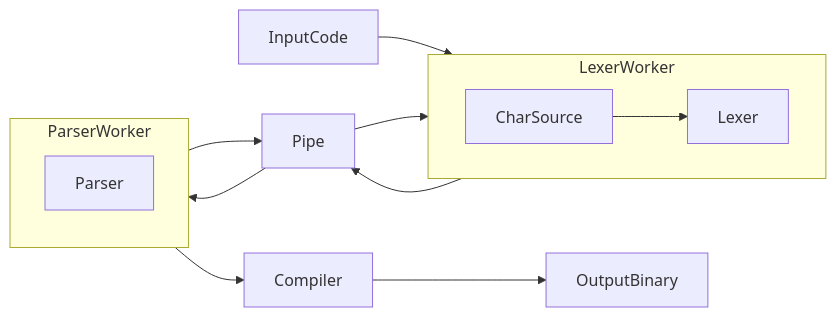
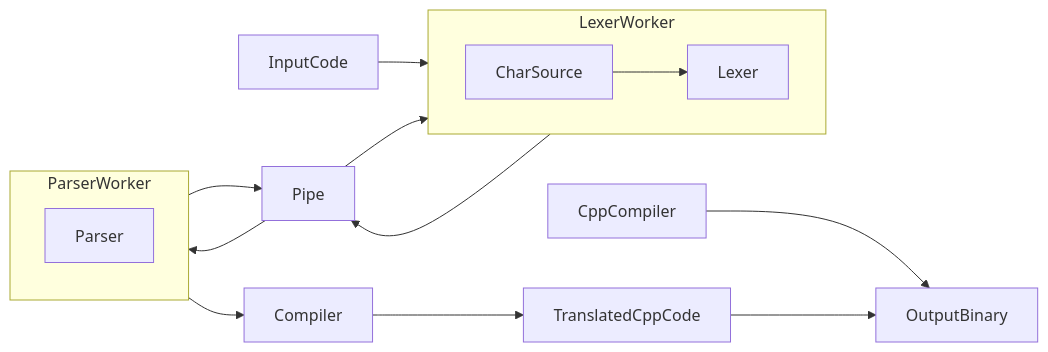
One commit to astrophysik/Compiler-Cpm changed the diagram in README.md. Above: the diagram before and after it, drawn with Mermaid.

````diff
--- a/README.md
+++ b/README.md
@@ -60,17 +60,19 @@
   ```mermaid
 flowchart LR
     direction TB
     subgraph LexerWorker
         direction LR
         CharSource-->Lexer
     end
     subgraph ParserWorker
         Parser
     end
     InputCode-->LexerWorker
     LexerWorker-->Pipe-->ParserWorker
     ParserWorker-->Pipe
     Pipe-->LexerWorker
     ParserWorker-->Compiler
-    Compiler-->OutputBinary
+    Compiler-->TranslatedCppCode
+    CppCompiler-->OutputBinary
+    TranslatedCppCode-->OutputBinary
 ```
````
